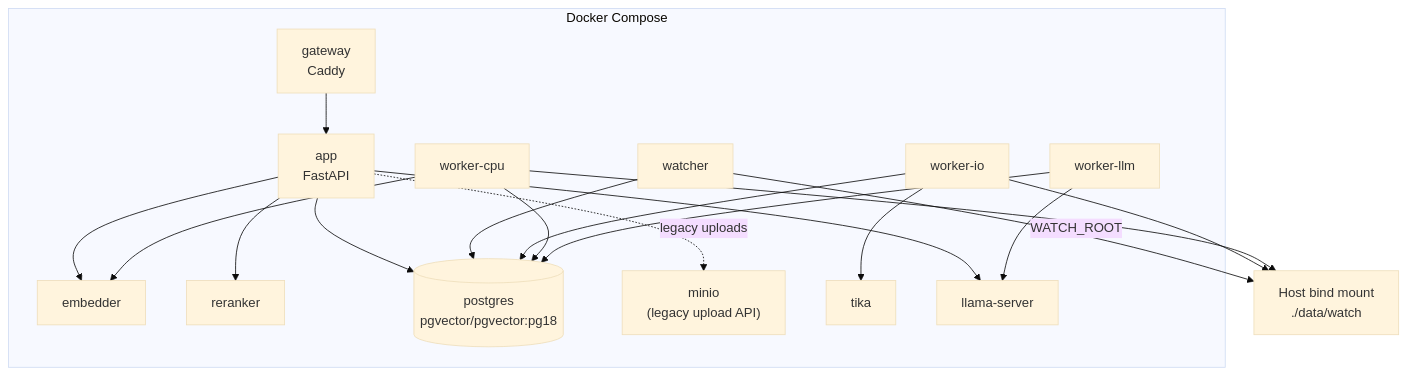
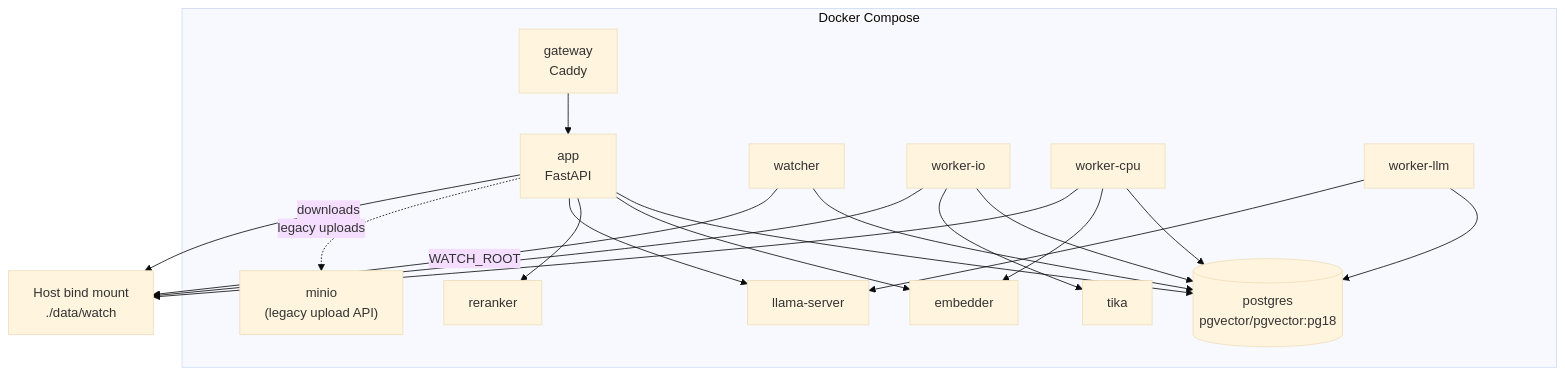
Before and after one commit to Maiiiry/harborclerk: the fourth of 7 diagrams in docs/architecture.md, drawn with Mermaid (base theme). The commit also changed 32 other files, not shown here.

````diff
--- a/docs/architecture.md
+++ b/docs/architecture.md
@@ -183,28 +183,29 @@
 ```mermaid
 graph TB
     subgraph docker["Docker Compose"]
         gw["gateway<br/>Caddy"]
         app["app<br/>FastAPI"]
         watcher["watcher"]
         wio["worker-io"]
         wcpu["worker-cpu"]
         wllm["worker-llm"]
         emb["embedder"]
         rerank["reranker"]
         pg[("postgres<br/>pgvector/pgvector:pg18")]
         minio["minio<br/>(legacy upload API)"]
         tika["tika"]
         llama["llama-server"]
     end
 
     host_fs["Host bind mount<br/>./data/watch"]
 
     gw --> app
     app --> pg & emb & rerank & llama
     app -. "legacy uploads" .-> minio
+    app -- "downloads" --> host_fs
     watcher --> pg
     watcher -- "WATCH_ROOT" --> host_fs
     wio --> pg & tika & host_fs
     wcpu --> pg & emb & host_fs
     wllm --> pg & llama
 ```
````
